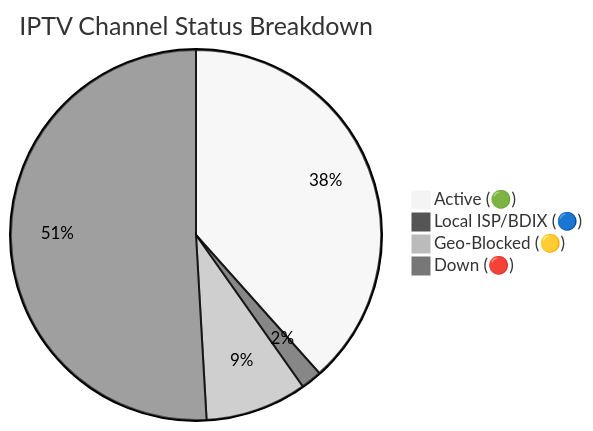
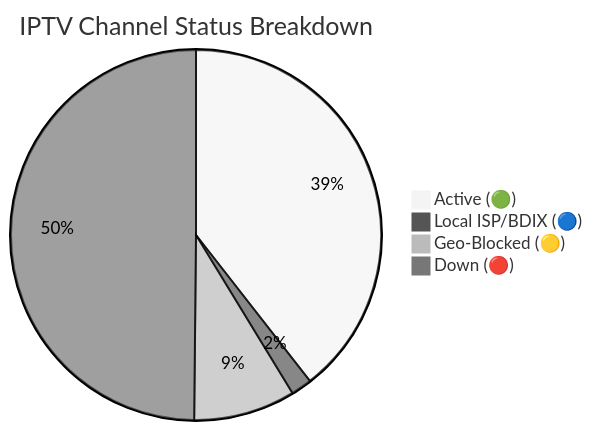
The diagram in README.md (andreataylord/Ip-tv-Collection), drawn with Mermaid (neutral theme) before and after one commit. The commit also changed other lines of this file and 1 other file, not shown here.

Commit message:
docs(readme): auto-update daily channel status chart

````diff
--- a/README.md
+++ b/README.md
@@ -59,7 +59,7 @@
 ```mermaid
 pie title IPTV Channel Status Breakdown
-    "Active (🟢)" : 2691
+    "Active (🟢)" : 2765
     "Local ISP/BDIX (🔵)" : 128
-    "Geo-Blocked (🟡)" : 621
-    "Down (🔴)" : 3568
+    "Geo-Blocked (🟡)" : 622
+    "Down (🔴)" : 3493
 ```
````
